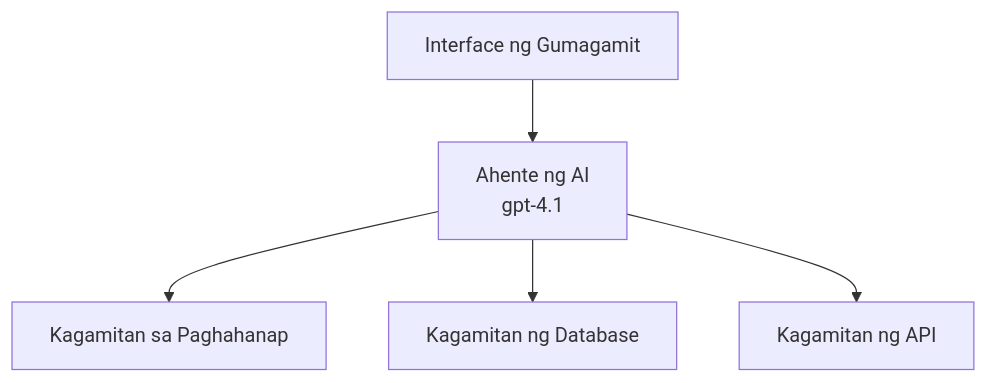
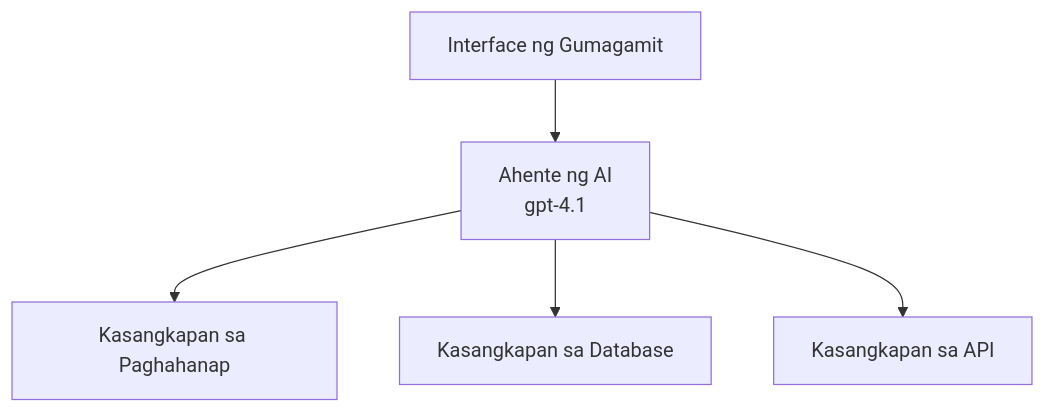
One commit to microsoft/AZD-for-beginners changed the first of 3 diagrams in translations/tl/docs/chapter-02-ai-development/agents.md. Above: the diagram before and after it, drawn with Mermaid. The commit also changed other lines of this file and 58 other files, not shown here.

````diff
--- a/translations/tl/docs/chapter-02-ai-development/agents.md
+++ b/translations/tl/docs/chapter-02-ai-development/agents.md
@@ -162,7 +162,7 @@
 ```mermaid
 graph TD
     UI[Interface ng Gumagamit] --> Agent[Ahente ng AI<br/>gpt-4.1]
-    Agent --> Search[Kagamitan sa Paghahanap]
-    Agent --> Database[Kagamitan ng Database]
-    Agent --> API[Kagamitan ng API]
+    Agent --> Search[Kasangkapan sa Paghahanap]
+    Agent --> Database[Kasangkapan sa Database]
+    Agent --> API[Kasangkapan sa API]
 ```
````
